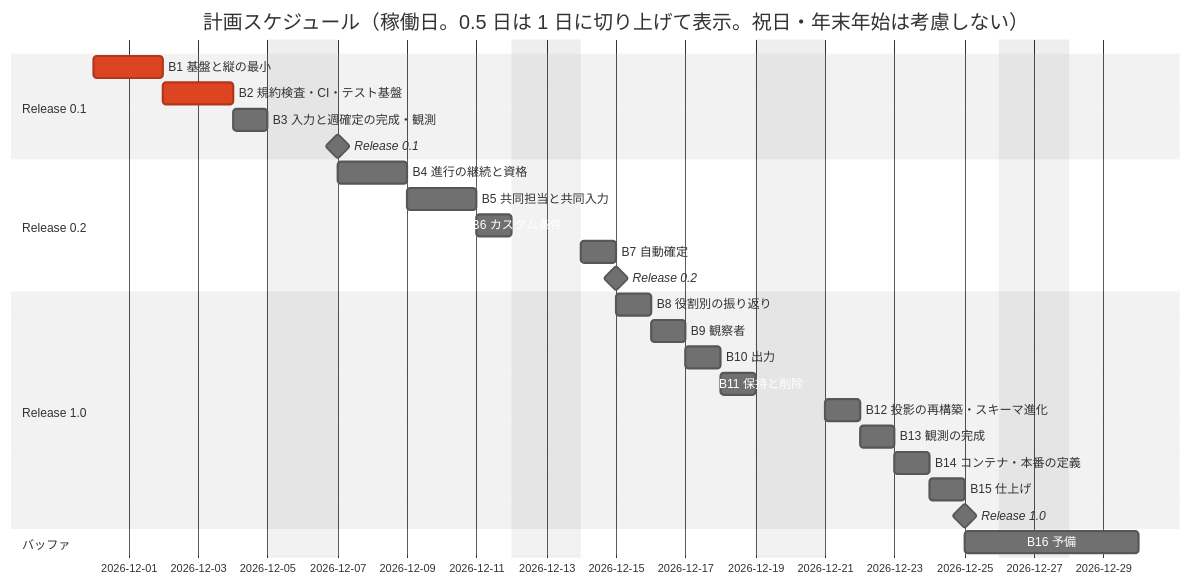
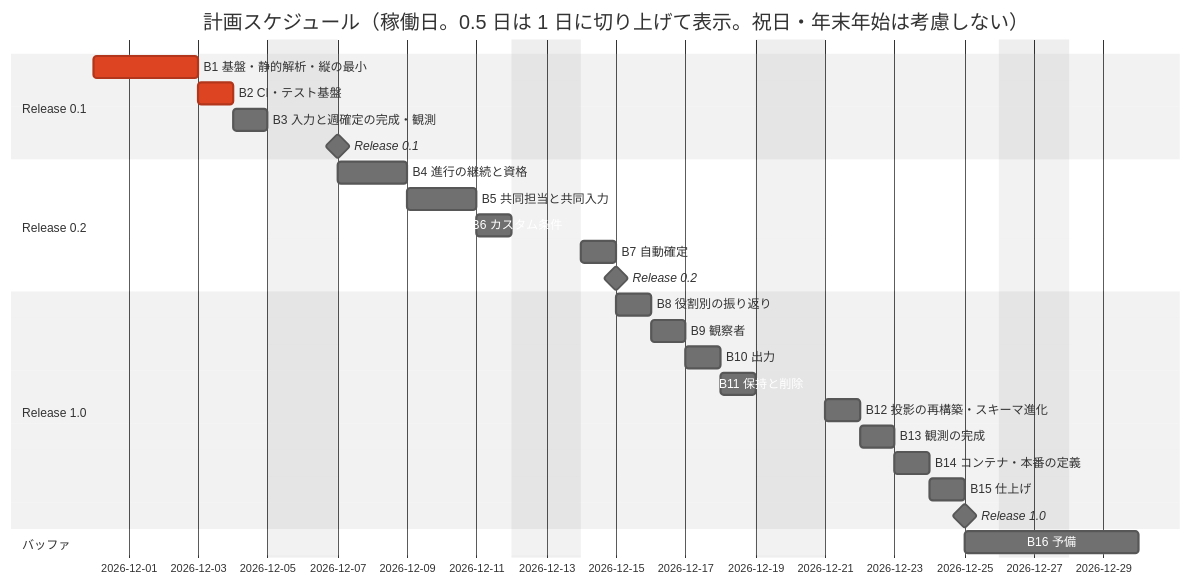
One commit to k2works/case-study-beer-game-simulation changed the diagram in docs/development/beer-game-scala/release_plan.md. Above: the diagram before and after it, drawn with Mermaid (neutral theme). The commit also changed other lines of this file and 1 other file, not shown here.

Commit message:
docs(beer-game-scala): 静的解析とルール設定を B1 で設定し厳密に従うことを開発戦略に明記する

````diff
--- a/docs/development/beer-game-scala/release_plan.md
+++ b/docs/development/beer-game-scala/release_plan.md
@@ -183,29 +183,29 @@
 ```mermaid
 gantt
     title 計画スケジュール（稼働日。0.5 日は 1 日に切り上げて表示。祝日・年末年始は考慮しない）
     dateFormat  YYYY-MM-DD
     excludes    weekends
     section Release 0.1
-    B1 基盤と縦の最小           :crit, b1, 2026-11-30, 2d
-    B2 規約検査・CI・テスト基盤  :crit, b2, after b1, 2d
+    B1 基盤・静的解析・縦の最小  :crit, b1, 2026-11-30, 3d
+    B2 CI・テスト基盤           :crit, b2, after b1, 1d
     B3 入力と週確定の完成・観測  :b3, after b2, 1d
     Release 0.1                :milestone, m1, after b3, 0d
     section Release 0.2
     B4 進行の継続と資格         :b4, after b3, 2d
     B5 共同担当と共同入力       :b5, after b4, 2d
     B6 カスタム条件             :b6, after b5, 1d
     B7 自動確定                 :b7, after b6, 1d
     Release 0.2                :milestone, m2, after b7, 0d
     section Release 1.0
     B8 役割別の振り返り         :b8, after b7, 1d
     B9 観察者                   :b9, after b8, 1d
     B10 出力                    :b10, after b9, 1d
     B11 保持と削除              :b11, after b10, 1d
     B12 投影の再構築・スキーマ進化 :b12, after b11, 1d
     B13 観測の完成              :b13, after b12, 1d
     B14 コンテナ・本番の定義    :b14, after b13, 1d
     B15 仕上げ                  :b15, after b14, 1d
     Release 1.0                :milestone, m3, after b15, 0d
     section バッファ
     B16 予備                    :b16, after b15, 3d
 ```
````
